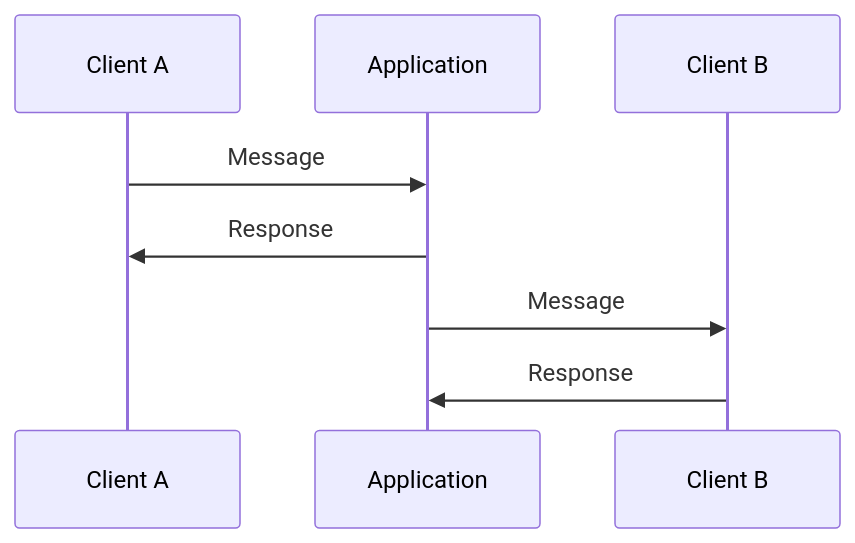
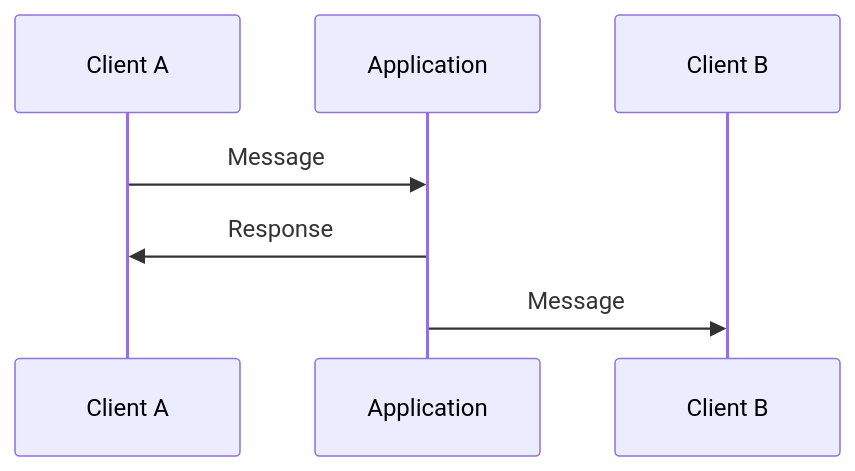
One commit to ErFer7/WebChat changed the eighth of 9 diagrams in documentation/Protocol.md. Above: the diagram before and after it, drawn with Mermaid. The commit also changed other lines of this file and 23 other files, not shown here.

````diff
--- a/documentation/Protocol.md
+++ b/documentation/Protocol.md
@@ -431,7 +433,6 @@
 ```mermaid
 sequenceDiagram
   Client A ->> Application: Message
   Application ->> Client A: Response
   Application ->> Client B: Message
-  Client B ->> Application: Response
 ```
````
